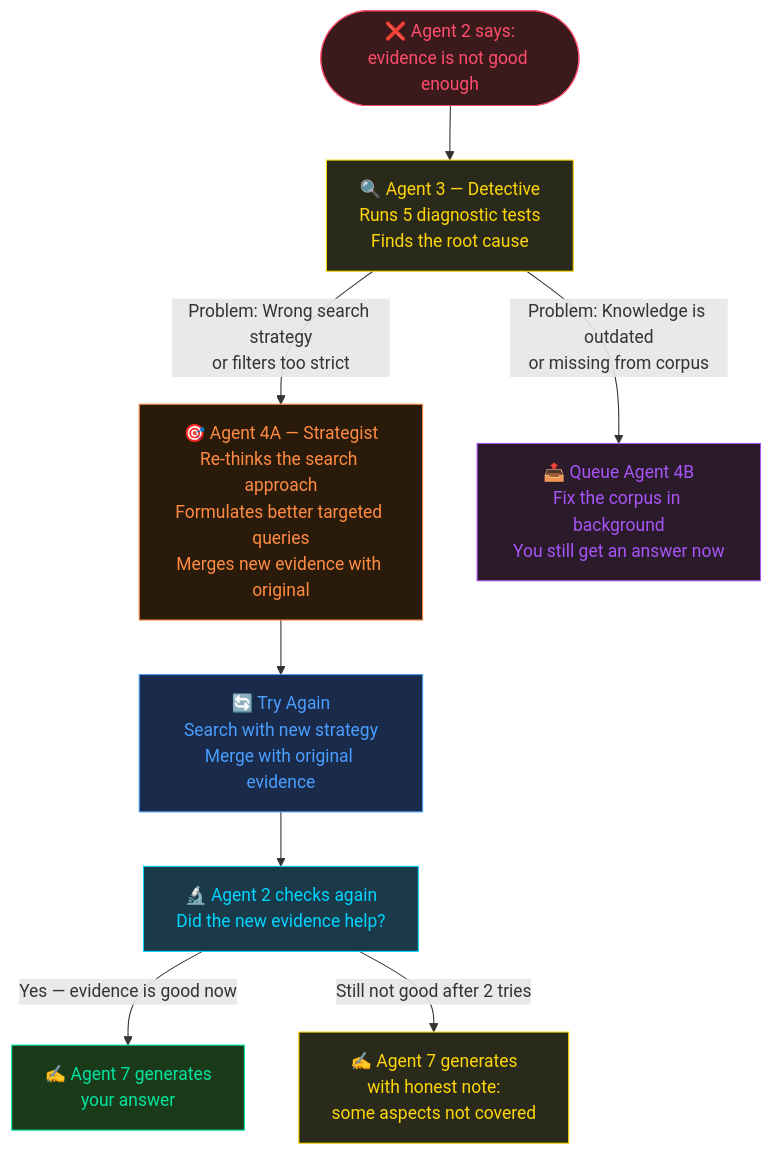
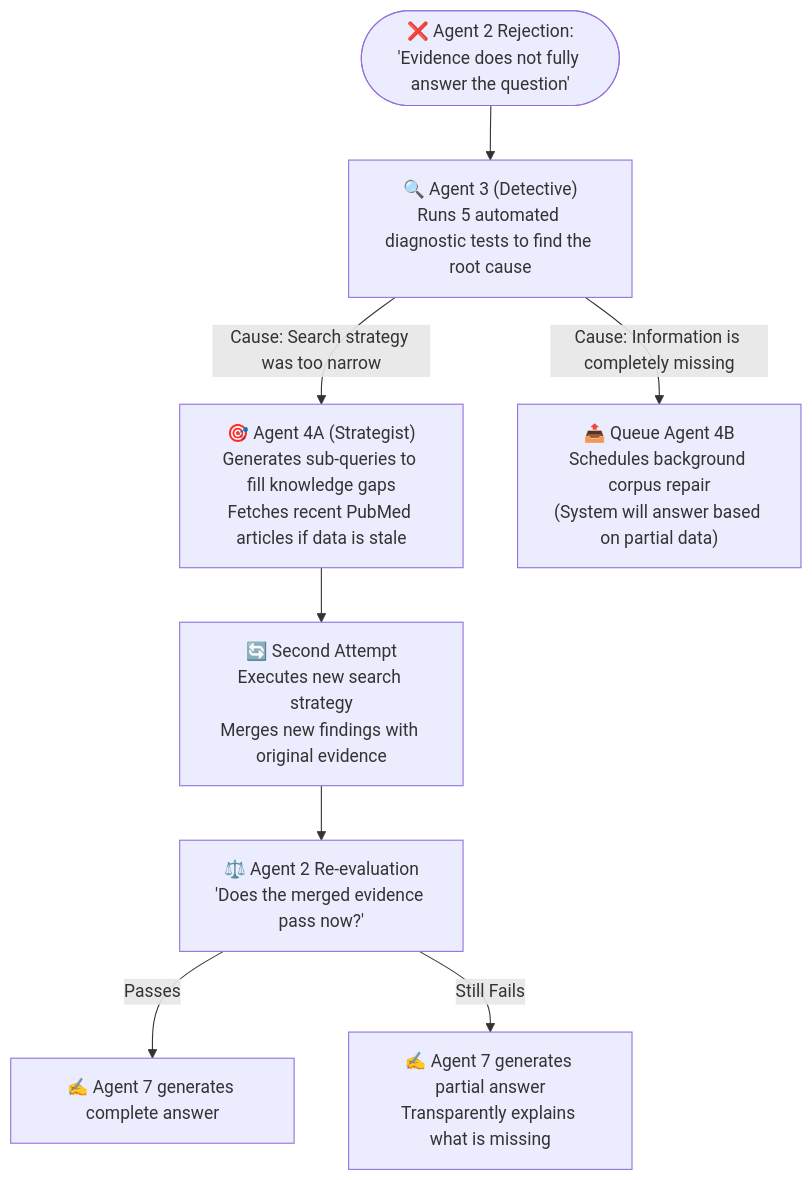
The fourth of 8 diagrams in README.md (pavan939111/SelfLearning_Rag), drawn with Mermaid before and after one commit. The commit also changed other lines of this file and 1 other file, not shown here.

Commit message:
docs: redesign mermaid diagrams for better colors and missing information

````diff
--- a/README.md
+++ b/README.md
@@ -130,28 +108,19 @@
 ```mermaid
 flowchart TD
-    FAIL(["❌ Agent 2 says:\nevidence is not good enough"]) --> A3
+    FAIL(["❌ Agent 2 Rejection:\n'Evidence does not fully answer the question'"]) --> A3
 
-    A3["🔍 Agent 3 — Detective\nRuns 5 diagnostic tests\nFinds the root cause"]
+    A3["🔍 Agent 3 (Detective)\nRuns 5 automated diagnostic tests to find the root cause"]
 
-    A3 -->|"Problem: Wrong search strategy\nor filters too strict"| A4A
-    A3 -->|"Problem: Knowledge is outdated\nor missing from corpus"| EXIT
+    A3 -->|"Cause: Search strategy was too narrow"| A4A
+    A3 -->|"Cause: Information is completely missing"| EXIT
 
-    A4A["🎯 Agent 4A — Strategist\nRe-thinks the search approach\nFormulates better targeted queries\nMerges new evidence with original"]
+    A4A["🎯 Agent 4A (Strategist)\nGenerates sub-queries to fill knowledge gaps\nFetches recent PubMed articles if data is stale"]
 
-    EXIT["📤 Queue Agent 4B\nFix the corpus in background\nYou still get an answer now"]
+    EXIT["📤 Queue Agent 4B\nSchedules background corpus repair\n(System will answer based on partial data)"]
 
-    A4A --> RETRY["🔄 Try Again\nSearch with new strategy\nMerge with original evidence"]
-    RETRY --> CHECK["🔬 Agent 2 checks again\nDid the new evidence help?"]
+    A4A --> RETRY["🔄 Second Attempt\nExecutes new search strategy\nMerges new findings with original evidence"]
+    RETRY --> CHECK["⚖️ Agent 2 Re-evaluation\n'Does the merged evidence pass now?'"]
 
-    CHECK -->|"Yes — evidence is good now"| GEN["✍️ Agent 7 generates\nyour answer"]
-    CHECK -->|"Still not good after 2 tries"| HONEST["✍️ Agent 7 generates\nwith honest note:\nsome aspects not covered"]
-
-    style FAIL fill:#3a1a1a,stroke:#ff4d6d,color:#ff4d6d
-    style A3 fill:#2a2a1a,stroke:#ffd60a,color:#ffd60a
-    style A4A fill:#2a1a0a,stroke:#ff8c42,color:#ff8c42
-    style EXIT fill:#2a1a2a,stroke:#a855f7,color:#a855f7
-    style RETRY fill:#1a2a4a,stroke:#4a9eff,color:#4a9eff
-    style CHECK fill:#1a3a4a,stroke:#00d4ff,color:#00d4ff
-    style GEN fill:#1a3a1a,stroke:#00e5a0,color:#00e5a0
-    style HONEST fill:#2a2a1a,stroke:#ffd60a,color:#ffd60a
+    CHECK -->|"Passes"| GEN["✍️ Agent 7 generates complete answer"]
+    CHECK -->|"Still Fails"| HONEST["✍️ Agent 7 generates partial answer\nTransparently explains what is missing"]
 ```
````
